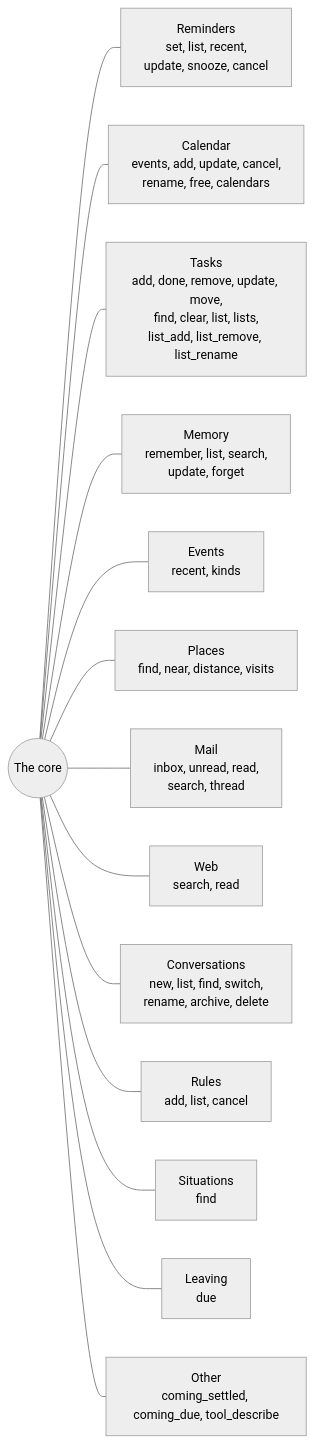
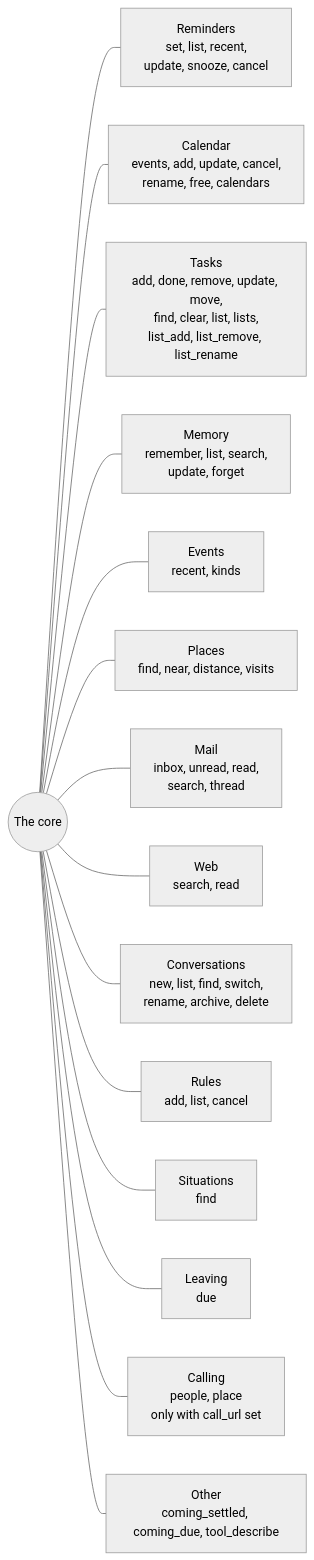
Before and after one commit to DhanushRamesh/personal-assistant: the second of 5 diagrams in FEATURES.md, drawn with Mermaid (neutral theme). The commit also changed other lines of this file and 9 other files, not shown here.

````diff
--- a/FEATURES.md
+++ b/FEATURES.md
@@ -63,18 +63,19 @@
 ```mermaid
 flowchart LR
     CORE(("The core"))
 
     CORE --- REM["Reminders<br/>set, list, recent,<br/>update, snooze, cancel"]
     CORE --- CAL["Calendar<br/>events, add, update, cancel,<br/>rename, free, calendars"]
     CORE --- TASK["Tasks<br/>add, done, remove, update, move,<br/>find, clear, list, lists,<br/>list_add, list_remove, list_rename"]
     CORE --- MEM["Memory<br/>remember, list, search,<br/>update, forget"]
     CORE --- EV["Events<br/>recent, kinds"]
     CORE --- PLACE["Places<br/>find, near, distance, visits"]
     CORE --- MAIL["Mail<br/>inbox, unread, read,<br/>search, thread"]
     CORE --- WEB["Web<br/>search, read"]
     CORE --- CONV["Conversations<br/>new, list, find, switch,<br/>rename, archive, delete"]
     CORE --- RULE["Rules<br/>add, list, cancel"]
     CORE --- SIT["Situations<br/>find"]
     CORE --- LEAVE["Leaving<br/>due"]
+    CORE --- CALLP["Calling<br/>people, place<br/>only with call_url set"]
     CORE --- MISC["Other<br/>coming_settled, coming_due, tool_describe"]
 ```
````
